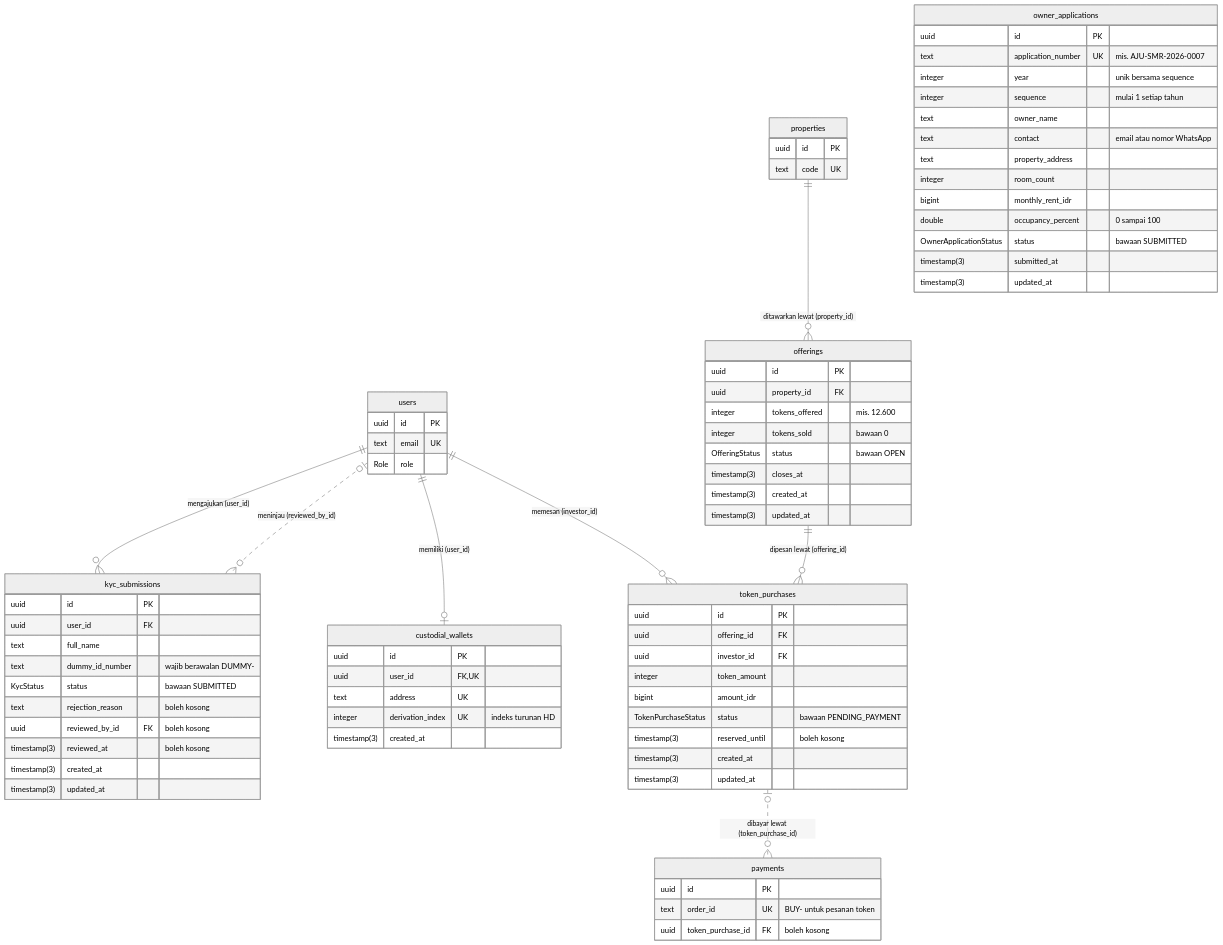
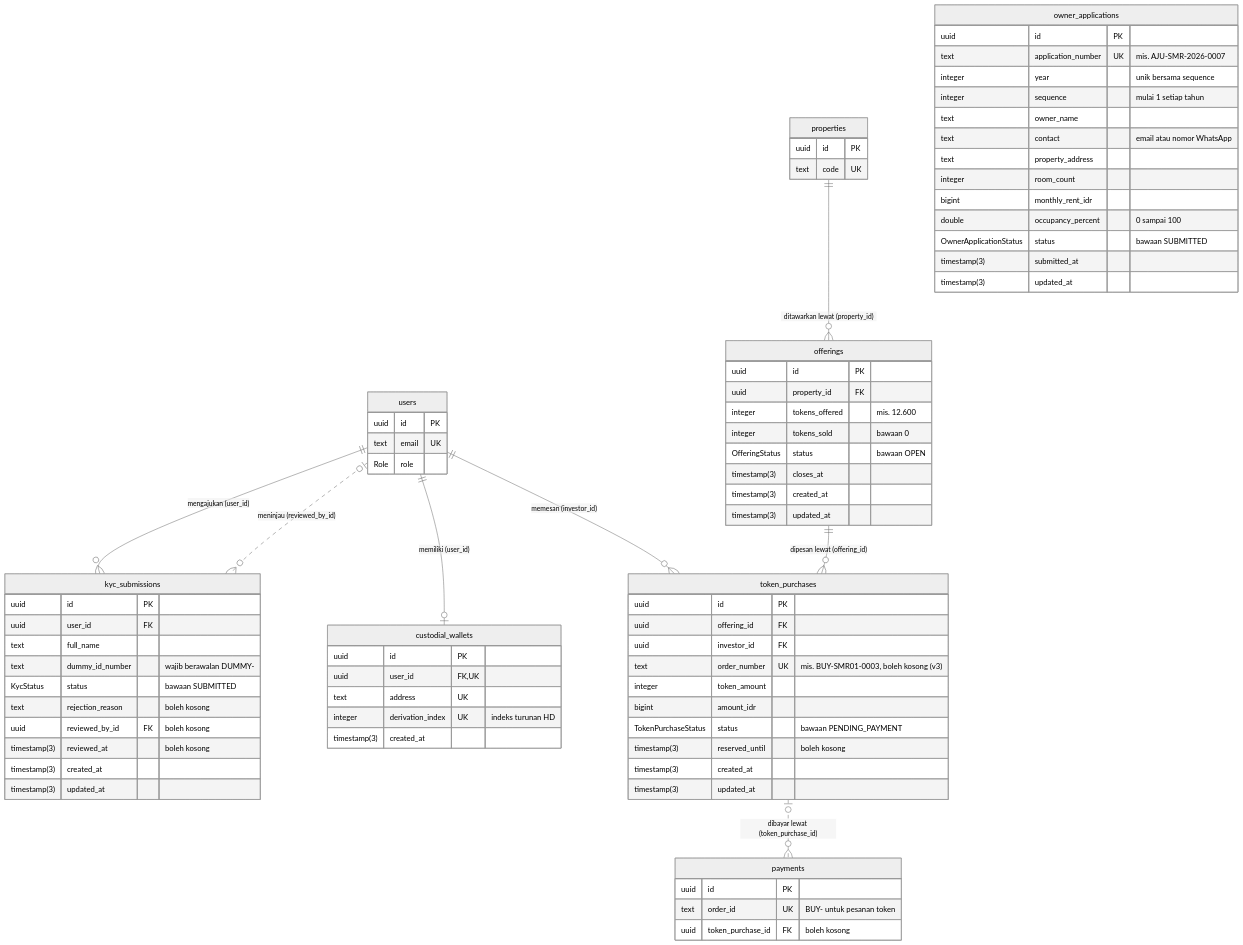
Before and after one commit to AhsanDz/kosbagi: the second of 3 diagrams in docs/desain/erd.md, drawn with Mermaid (neutral theme). The commit also changed other lines of this file and 4 other files, not shown here.

First line of the commit message:
docs: finalkan ERD skema v4, arsitektur, dan user stories

````diff
--- a/docs/desain/erd.md
+++ b/docs/desain/erd.md
@@ -171,80 +177,81 @@
 ```mermaid
 erDiagram
     users ||--o{ kyc_submissions : "mengajukan (user_id)"
     users |o..o{ kyc_submissions : "meninjau (reviewed_by_id)"
     users ||--o| custodial_wallets : "memiliki (user_id)"
     users ||--o{ token_purchases : "memesan (investor_id)"
     properties ||--o{ offerings : "ditawarkan lewat (property_id)"
     offerings ||--o{ token_purchases : "dipesan lewat (offering_id)"
     token_purchases |o..o{ payments : "dibayar lewat (token_purchase_id)"
 
     users {
         uuid id PK
         text email UK
         Role role
     }
     properties {
         uuid id PK
         text code UK
     }
     payments {
         uuid id PK
         text order_id UK "BUY- untuk pesanan token"
         uuid token_purchase_id FK "boleh kosong"
     }
     kyc_submissions {
         uuid id PK
         uuid user_id FK
         text full_name
         text dummy_id_number "wajib berawalan DUMMY-"
         KycStatus status "bawaan SUBMITTED"
         text rejection_reason "boleh kosong"
         uuid reviewed_by_id FK "boleh kosong"
         timestamp(3) reviewed_at "boleh kosong"
         timestamp(3) created_at
         timestamp(3) updated_at
     }
     custodial_wallets {
         uuid id PK
         uuid user_id FK, UK
         text address UK
         integer derivation_index UK "indeks turunan HD"
         timestamp(3) created_at
     }
     offerings {
         uuid id PK
         uuid property_id FK
         integer tokens_offered "mis. 12.600"
         integer tokens_sold "bawaan 0"
         OfferingStatus status "bawaan OPEN"
         timestamp(3) closes_at
         timestamp(3) created_at
         timestamp(3) updated_at
     }
     token_purchases {
         uuid id PK
         uuid offering_id FK
         uuid investor_id FK
+        text order_number UK "mis. BUY-SMR01-0003, boleh kosong (v3)"
         integer token_amount
         bigint amount_idr
         TokenPurchaseStatus status "bawaan PENDING_PAYMENT"
         timestamp(3) reserved_until "boleh kosong"
         timestamp(3) created_at
         timestamp(3) updated_at
     }
     owner_applications {
         uuid id PK
         text application_number UK "mis. AJU-SMR-2026-0007"
         integer year "unik bersama sequence"
         integer sequence "mulai 1 setiap tahun"
         text owner_name
         text contact "email atau nomor WhatsApp"
         text property_address
         integer room_count
         bigint monthly_rent_idr
         double occupancy_percent "0 sampai 100"
         OwnerApplicationStatus status "bawaan SUBMITTED"
         timestamp(3) submitted_at
         timestamp(3) updated_at
     }
 ```
````
